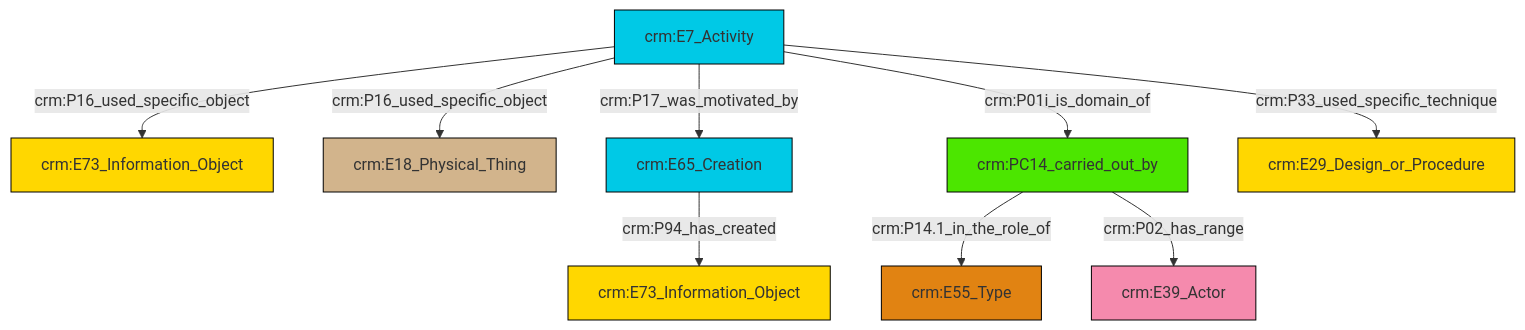
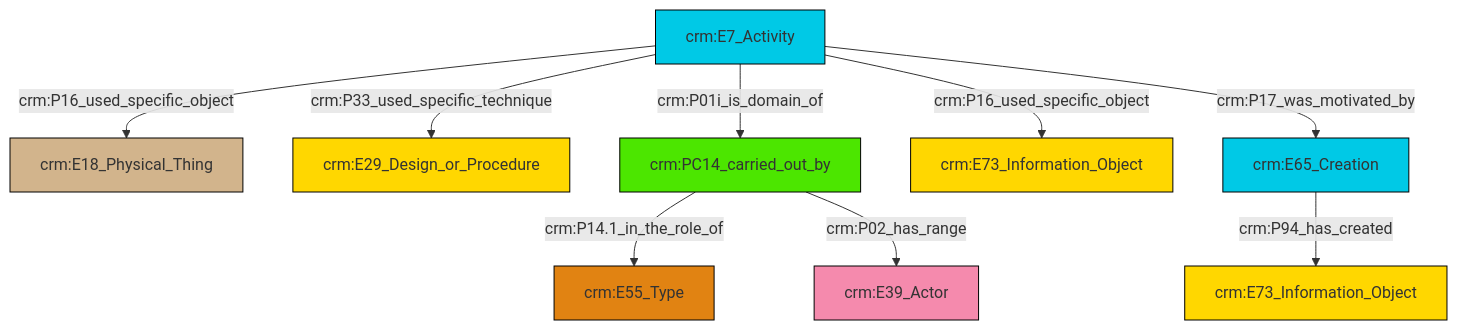
The diagram in et/eventCSV/ttl/mmd/event_participation.ttl.mmd (swiss-art-research-net/reference-data-models), drawn with Mermaid before and after one commit. The commit also changed 127 other files, not shown here.

```diff
--- a/et/eventCSV/ttl/mmd/event_participation.ttl.mmd
+++ b/et/eventCSV/ttl/mmd/event_participation.ttl.mmd
@@ -1,23 +1,23 @@
 graph TD
 classDef Literal fill:#f2f2f2,stroke:#000000;
 classDef CRM_Entity fill:#FFFFFF,stroke:#000000;
 classDef Temporal_Entity fill:#00C9E6, stroke:#000000;
 classDef Type fill:#E18312, stroke:#000000;
 classDef Time-Span fill:#2C9C91, stroke:#000000;
 classDef Appellation fill:#FFEB7F, stroke:#000000;
 classDef Place fill:#008836, stroke:#000000;
 classDef Persistent_Item fill:#B266B2, stroke:#000000;
 classDef Conceptual_Object fill:#FFD700, stroke:#000000;
 classDef Physical_Thing fill:#D2B48C, stroke:#000000;
 classDef Actor fill:#f58aad, stroke:#000000;
 classDef PC_Classes fill:#4ce600, stroke:#000000;
 classDef Multi fill:#cccccc,stroke:#000000;
 
-0["crm:E7_Activity"]:::Temporal_Entity -->|crm:P16_used_specific_object| 1["crm:E73_Information_Object"]:::Conceptual_Object
-4["crm:E65_Creation"]:::Temporal_Entity -->|crm:P94_has_created| 5["crm:E73_Information_Object"]:::Conceptual_Object
-6["crm:PC14_carried_out_by"]:::PC_Classes -->|crm:P14.1_in_the_role_of| 7["crm:E55_Type"]:::Type
-0["crm:E7_Activity"]:::Temporal_Entity -->|crm:P16_used_specific_object| 2["crm:E18_Physical_Thing"]:::Physical_Thing
-0["crm:E7_Activity"]:::Temporal_Entity -->|crm:P17_was_motivated_by| 4["crm:E65_Creation"]:::Temporal_Entity
-0["crm:E7_Activity"]:::Temporal_Entity -->|crm:P33_used_specific_technique| 9["crm:E29_Design_or_Procedure"]:::Conceptual_Object
-6["crm:PC14_carried_out_by"]:::PC_Classes -->|crm:P02_has_range| 15["crm:E39_Actor"]:::Actor
-0["crm:E7_Activity"]:::Temporal_Entity -->|crm:P01i_is_domain_of| 6["crm:PC14_carried_out_by"]:::PC_Classes
+0["crm:E7_Activity"]:::Temporal_Entity -->|crm:P16_used_specific_object| 1["crm:E18_Physical_Thing"]:::Physical_Thing
+0["crm:E7_Activity"]:::Temporal_Entity -->|crm:P33_used_specific_technique| 3["crm:E29_Design_or_Procedure"]:::Conceptual_Object
+0["crm:E7_Activity"]:::Temporal_Entity -->|crm:P01i_is_domain_of| 7["crm:PC14_carried_out_by"]:::PC_Classes
+7["crm:PC14_carried_out_by"]:::PC_Classes -->|crm:P14.1_in_the_role_of| 5["crm:E55_Type"]:::Type
+0["crm:E7_Activity"]:::Temporal_Entity -->|crm:P16_used_specific_object| 8["crm:E73_Information_Object"]:::Conceptual_Object
+0["crm:E7_Activity"]:::Temporal_Entity -->|crm:P17_was_motivated_by| 9["crm:E65_Creation"]:::Temporal_Entity
+9["crm:E65_Creation"]:::Temporal_Entity -->|crm:P94_has_created| 11["crm:E73_Information_Object"]:::Conceptual_Object
+7["crm:PC14_carried_out_by"]:::PC_Classes -->|crm:P02_has_range| 14["crm:E39_Actor"]:::Actor
```
